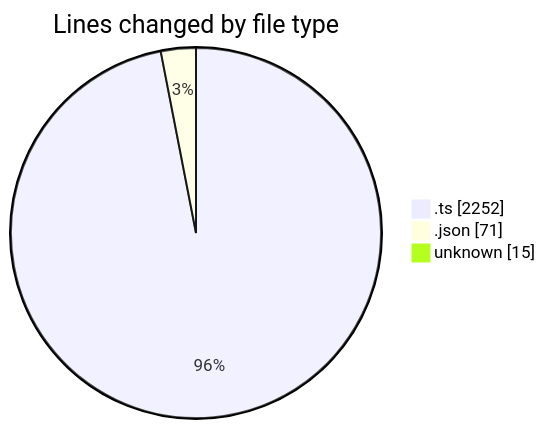
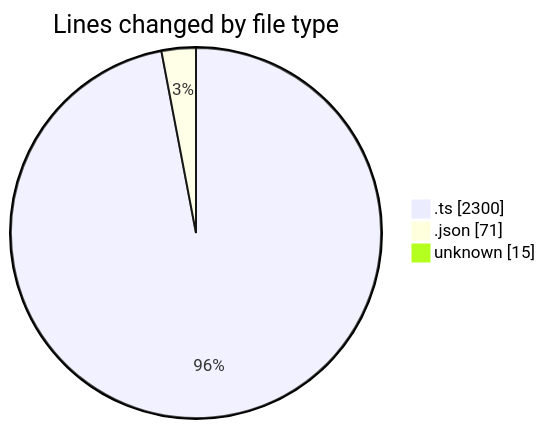
Before and after one commit to lephambinh05/code-tracking: the first of 2 diagrams in 2025-09-12/hiai-phf/README.md, drawn with Mermaid. The commit also changed other lines of this file and 1 other file, not shown here.

````diff
--- a/2025-09-12/hiai-phf/README.md
+++ b/2025-09-12/hiai-phf/README.md
@@ -26,7 +27,7 @@
 ```mermaid
 pie showData
 title Lines changed by file type
-".ts" : 2252
+".ts" : 2300
 ".json" : 71
 "unknown" : 15
 ```
````
